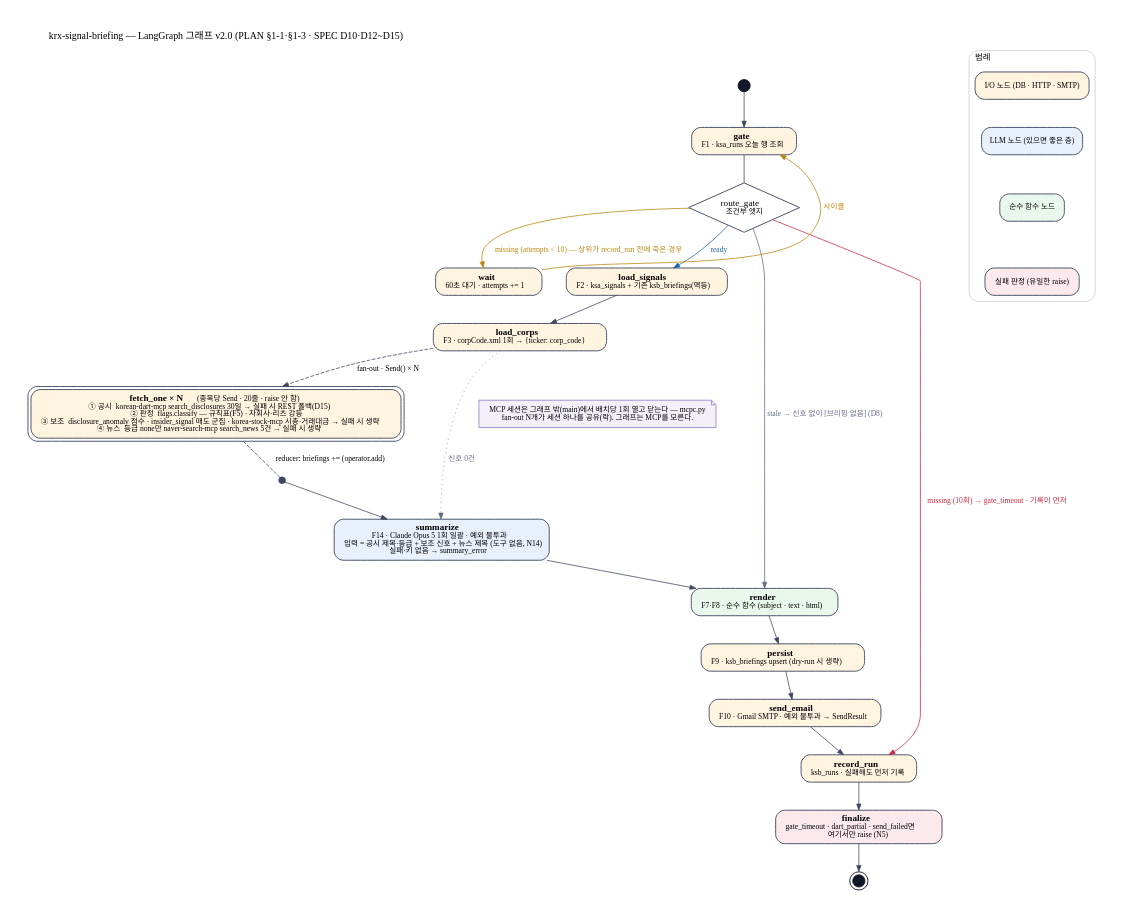
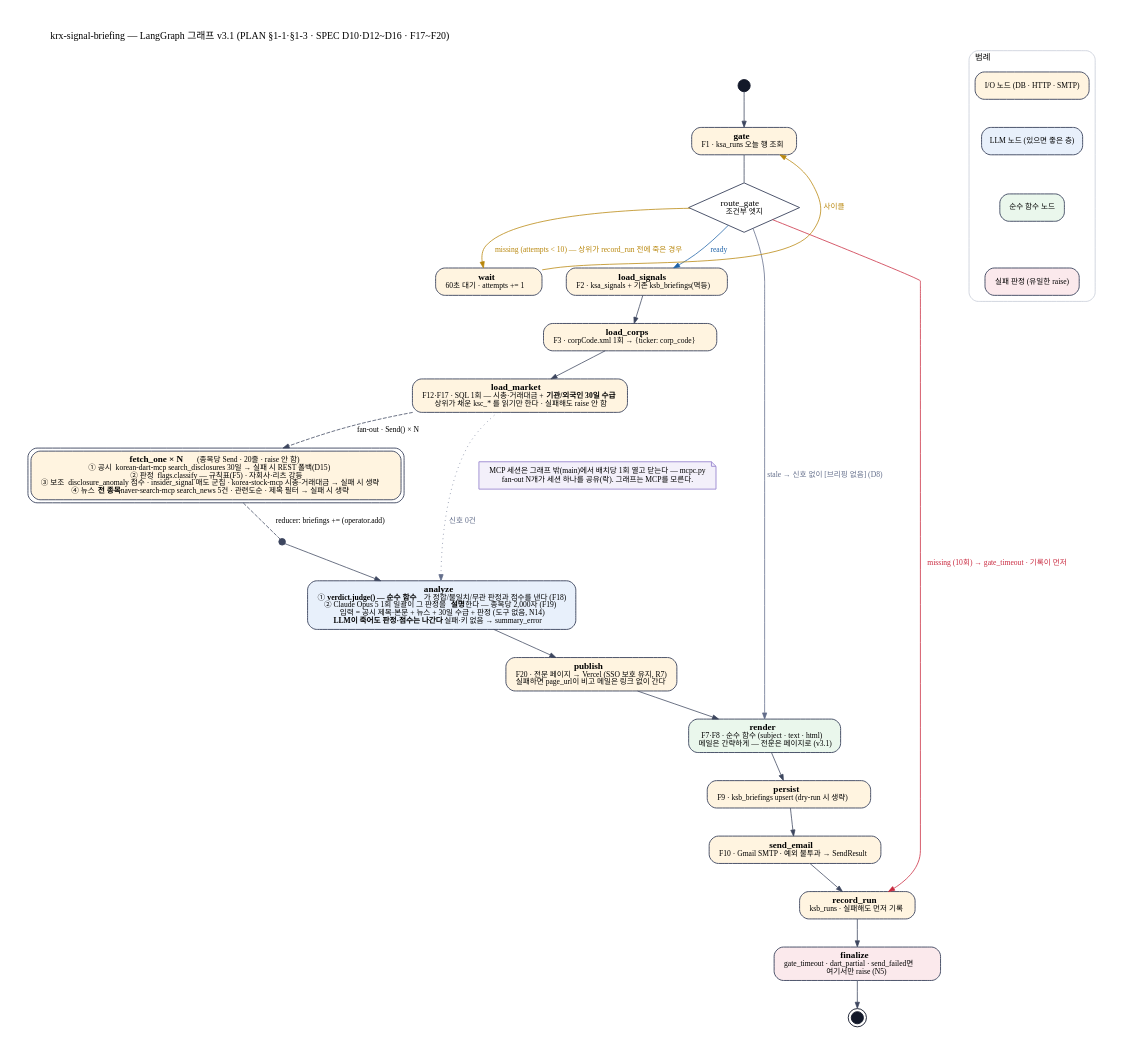
One commit to daehyub71/krx-signal-briefing changed the diagram in docs/diagrams/graph.dot. Above: the diagram before and after it, drawn with Graphviz. The commit also changed 7 other files, not shown here.

First line of the commit message:
docs: bring the READMEs and the three diagrams up to v3.1

```diff
--- a/docs/diagrams/graph.dot
+++ b/docs/diagrams/graph.dot
@@ -1,68 +1,74 @@
 digraph briefing {
   graph [fontname="Apple SD Gothic Neo", fontsize=13, rankdir=TB, nodesep=0.45, ranksep=0.5, pad=0.4, bgcolor="white",
-         label="krx-signal-briefing — LangGraph 그래프 v2.0 (PLAN §1-1·§1-3 · SPEC D10·D12~D15)", labelloc=t, labeljust=l];
+         label="krx-signal-briefing — LangGraph 그래프 v3.1 (PLAN §1-1·§1-3 · SPEC D10·D12~D16 · F17~F20)", labelloc=t, labeljust=l];
   node  [fontname="Apple SD Gothic Neo", fontsize=12, shape=box, style="rounded,filled", fillcolor="#F4F6FA", color="#3D465F", penwidth=1.2, margin="0.18,0.08"];
   edge  [fontname="Apple SD Gothic Neo", fontsize=10, color="#3D465F", arrowsize=0.8];
 
   START [shape=circle, label="", width=0.22, fillcolor="#121829", color="#121829"];
   END   [shape=doublecircle, label="", width=0.22, fillcolor="#121829", color="#121829"];
 
   // 게이트 (I/O)
   gate         [label=<<b>gate</b><br/><font point-size="10">F1 · ksa_runs 오늘 행 조회</font>>, fillcolor="#FFF4E0"];
   route_gate   [shape=diamond, style="filled", fillcolor="#FFFFFF", label=<route_gate<br/><font point-size="10">조건부 엣지</font>>, height=0.9];
   wait         [label=<<b>wait</b><br/><font point-size="10">60초 대기 · attempts += 1</font>>, fillcolor="#FFF4E0"];
 
   // 입력 (I/O)
   load_signals [label=<<b>load_signals</b><br/><font point-size="10">F2 · ksa_signals + 기존 ksb_briefings(멱등)</font>>, fillcolor="#FFF4E0"];
   load_corps   [label=<<b>load_corps</b><br/><font point-size="10">F3 · corpCode.xml 1회 → {ticker: corp_code}</font>>, fillcolor="#FFF4E0"];
+  load_market  [label=<<b>load_market</b><br/><font point-size="10">F12·F17 · SQL 1회 — 시총·거래대금 + <b>기관/외국인 30일 수급</b><br/>상위가 채운 ksc_* 를 읽기만 한다 · 실패해도 raise 안 함</font>>, fillcolor="#FFF4E0"];
 
   // fan-out
-  fetch_one    [label=<<b>fetch_one × N</b>  <font point-size="10">(종목당 Send · 20줄 · raise 안 함)</font><br/><font point-size="10">① 공시  korean-dart-mcp search_disclosures 30일 → 실패 시 REST 폴백(D15)<br/>② 판정  flags.classify — 규칙표(F5) · 자회사·리츠 강등<br/>③ 보조  disclosure_anomaly 점수 · insider_signal 매도 군집 · korea-stock-mcp 시총·거래대금 → 실패 시 생략<br/>④ 뉴스  등급 none만 naver-search-mcp search_news 5건 → 실패 시 생략</font>>, fillcolor="#FFF4E0", peripheries=2];
+  fetch_one    [label=<<b>fetch_one × N</b>  <font point-size="10">(종목당 Send · 20줄 · raise 안 함)</font><br/><font point-size="10">① 공시  korean-dart-mcp search_disclosures 30일 → 실패 시 REST 폴백(D15)<br/>② 판정  flags.classify — 규칙표(F5) · 자회사·리츠 강등<br/>③ 보조  disclosure_anomaly 점수 · insider_signal 매도 군집 · korea-stock-mcp 시총·거래대금 → 실패 시 생략<br/>④ 뉴스  <b>전 종목</b> naver-search-mcp search_news 5건 · 관련도순 · 제목 필터 → 실패 시 생략</font>>, fillcolor="#FFF4E0", peripheries=2];
   join         [shape=point, width=0.12, fillcolor="#3D465F", color="#3D465F"];
 
   // LLM
-  summarize    [label=<<b>summarize</b><br/><font point-size="10">F14 · Claude Opus 5 1회 일괄 · 예외 불투과<br/>입력 = 공시 제목·등급 + 보조 신호 + 뉴스 제목 (도구 없음, N14)<br/>실패·키 없음 → summary_error</font>>, fillcolor="#E8F0FB"];
+  analyze      [label=<<b>analyze</b><br/><font point-size="10">① <b>verdict.judge() — 순수 함수</b>가 정합/불일치/무관 판정과 점수를 낸다 (F18)<br/>② Claude Opus 5 1회 일괄이 그 판정을 <b>설명</b>한다 — 종목당 2,000자 (F19)<br/>입력 = 공시 제목·본문 + 뉴스 + 30일 수급 + 판정 (도구 없음, N14)<br/><b>LLM이 죽어도 판정·점수는 나간다</b> · 실패·키 없음 → summary_error</font>>, fillcolor="#E8F0FB"];
+
+  // 출력 (I/O) — render보다 먼저 돌아야 메일이 링크를 담는다
+  publish      [label=<<b>publish</b><br/><font point-size="10">F20 · 전문 페이지 → Vercel (SSO 보호 유지, R7)<br/>실패하면 page_url이 비고 메일은 링크 없이 간다</font>>, fillcolor="#FFF4E0"];
 
   // 순수
-  render       [label=<<b>render</b><br/><font point-size="10">F7·F8 · 순수 함수 (subject · text · html)</font>>, fillcolor="#EAF7EC"];
+  render       [label=<<b>render</b><br/><font point-size="10">F7·F8 · 순수 함수 (subject · text · html)<br/>메일은 간략하게 — 전문은 페이지로 (v3.1)</font>>, fillcolor="#EAF7EC"];
 
   // 출력 (I/O)
   persist      [label=<<b>persist</b><br/><font point-size="10">F9 · ksb_briefings upsert (dry-run 시 생략)</font>>, fillcolor="#FFF4E0"];
   send_email   [label=<<b>send_email</b><br/><font point-size="10">F10 · Gmail SMTP · 예외 불투과 → SendResult</font>>, fillcolor="#FFF4E0"];
   record_run   [label=<<b>record_run</b><br/><font point-size="10">ksb_runs · 실패해도 먼저 기록</font>>, fillcolor="#FFF4E0"];
   finalize     [label=<<b>finalize</b><br/><font point-size="10">gate_timeout · dart_partial · send_failed면<br/>여기서만 raise (N5)</font>>, fillcolor="#FBE9EC"];
 
   START -> gate;
   gate -> route_gate [arrowhead=none];
   route_gate -> wait         [label="  missing (attempts < 10) — 상위가 record_run 전에 죽은 경우", color="#B8860B", fontcolor="#B8860B"];
   wait -> gate               [label="  사이클", color="#B8860B", fontcolor="#B8860B", constraint=false];
   route_gate -> record_run   [label="  missing (10회) → gate_timeout · 기록이 먼저", color="#C9283E", fontcolor="#C9283E"];
   route_gate -> render       [label="  stale → 신호 없이 [브리핑 없음] (D8)", color="#626D8A", fontcolor="#626D8A"];
   route_gate -> load_signals [label="  ready", color="#1F63A8", fontcolor="#1F63A8"];
 
   load_signals -> load_corps;
-  load_corps -> fetch_one    [label="  fan-out · Send() × N", style=dashed];
-  load_corps -> summarize    [label="  신호 0건", style=dotted, color="#626D8A", fontcolor="#626D8A"];
+  load_corps -> load_market;
+  load_market -> fetch_one   [label="  fan-out · Send() × N", style=dashed];
+  load_market -> analyze     [label="  신호 0건", style=dotted, color="#626D8A", fontcolor="#626D8A"];
   fetch_one -> join          [label="  reducer: briefings += (operator.add)", style=dashed, arrowhead=none];
-  join -> summarize;
-  summarize -> render;
+  join -> analyze;
+  analyze -> publish;
+  publish -> render;
   render -> persist;
   persist -> send_email;
   send_email -> record_run;
   record_run -> finalize;
   finalize -> END;
 
   mcp_note [shape=note, fillcolor="#F3F0FA", color="#9C8AD1", fontsize=10,
             label="MCP 세션은 그래프 밖(main)에서 배치당 1회 열고 닫는다 — mcpc.py\nfan-out N개가 세션 하나를 공유(락). 그래프는 MCP를 모른다."];
-  load_corps -> mcp_note [style=invis];
+  load_market -> mcp_note [style=invis];
 
   // 범례
   subgraph cluster_legend {
     label="범례"; fontsize=11; style="rounded"; color="#C5CAD6";
     l_io   [label="I/O 노드 (DB · HTTP · SMTP)", fillcolor="#FFF4E0", fontsize=10];
     l_llm  [label="LLM 노드 (있으면 좋은 층)", fillcolor="#E8F0FB", fontsize=10];
     l_pure [label="순수 함수 노드", fillcolor="#EAF7EC", fontsize=10];
     l_fail [label="실패 판정 (유일한 raise)", fillcolor="#FBE9EC", fontsize=10];
     l_io -> l_llm -> l_pure -> l_fail [style=invis];
   }
 }
```
